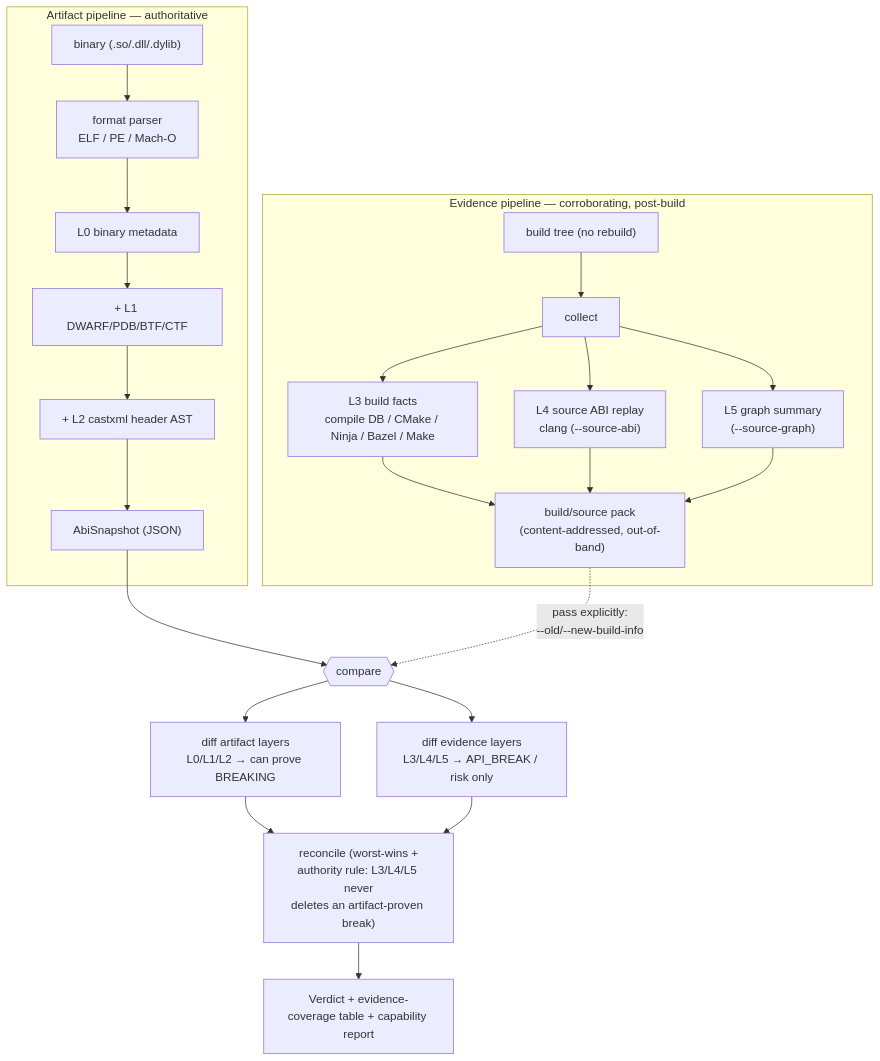
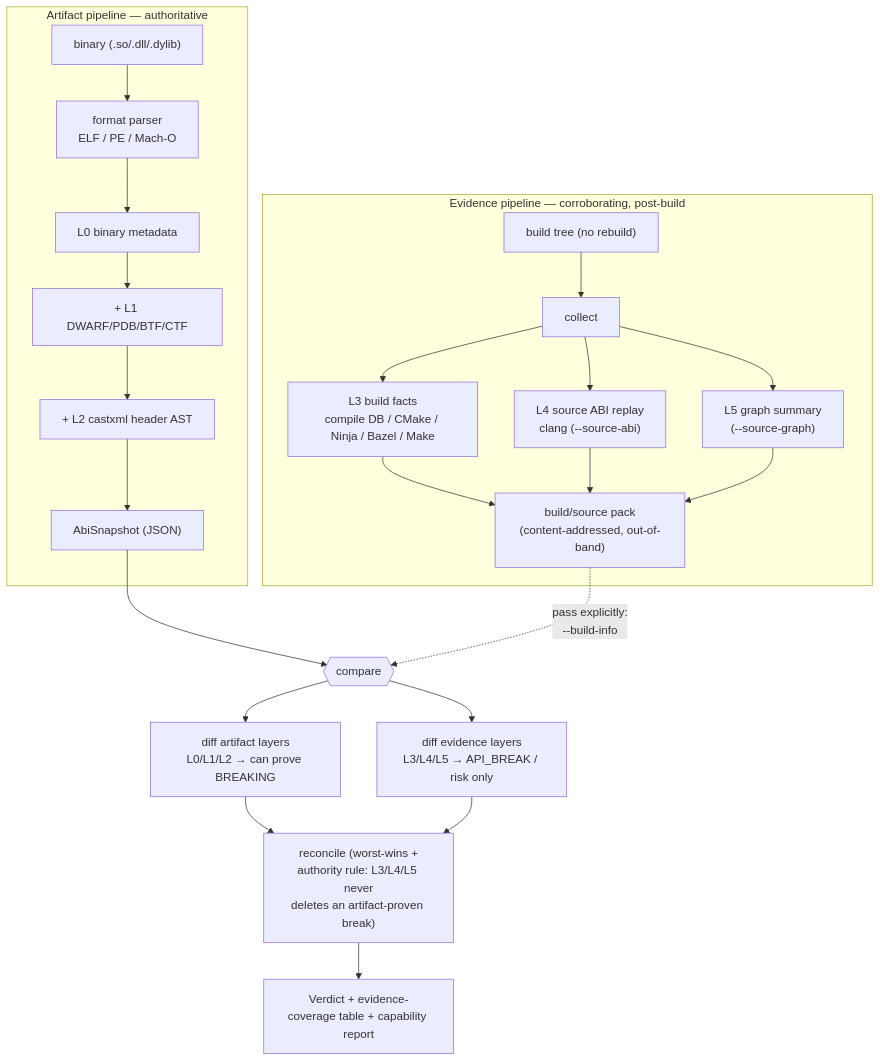
One commit to abicheck/abicheck changed the diagram in docs/concepts/build-source-data.md. Above: the diagram before and after it, drawn with Mermaid. The commit also changed other lines of this file and 68 other files, not shown here.

First line of the commit message:
feat(cli)!: side-aware --header/--include/--sources/--build-info (ADR-040 L1 Phase B)

````diff
--- a/docs/concepts/build-source-data.md
+++ b/docs/concepts/build-source-data.md
@@ -78,28 +78,28 @@
 ```mermaid
 flowchart TD
     subgraph artifact["Artifact pipeline — authoritative"]
       BIN["binary (.so/.dll/.dylib)"] --> P["format parser<br/>ELF / PE / Mach-O"]
       P --> L0["L0 binary metadata"]
       L0 --> L1["+ L1 DWARF/PDB/BTF/CTF"]
       L1 --> L2["+ L2 castxml header AST"]
       L2 --> SNAP["AbiSnapshot (JSON)"]
     end
 
     subgraph evidence["Evidence pipeline — corroborating, post-build"]
       BT["build tree (no rebuild)"] --> CE["collect"]
       CE --> L3["L3 build facts<br/>compile DB / CMake / Ninja / Bazel / Make"]
       CE --> L4["L4 source ABI replay<br/>clang (--source-abi)"]
       CE --> L5["L5 graph summary<br/>(--source-graph)"]
       L3 --> PACK["build/source pack<br/>(content-addressed, out-of-band)"]
       L4 --> PACK
       L5 --> PACK
     end
 
     SNAP --> CMP{{"compare"}}
-    PACK -. "pass explicitly:<br/>--old/--new-build-info" .-> CMP
+    PACK -. "pass explicitly:<br/>--build-info" .-> CMP
     CMP --> DIFFA["diff artifact layers<br/>L0/L1/L2 → can prove BREAKING"]
     CMP --> DIFFE["diff evidence layers<br/>L3/L4/L5 → API_BREAK / risk only"]
     DIFFA --> REC["reconcile (worst-wins +<br/>authority rule: L3/L4/L5 never<br/>deletes an artifact-proven break)"]
     DIFFE --> REC
     REC --> OUT["Verdict + evidence-coverage table + capability report"]
 ```
````
